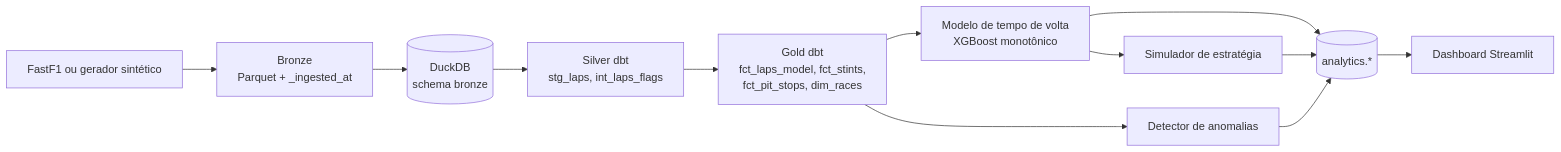
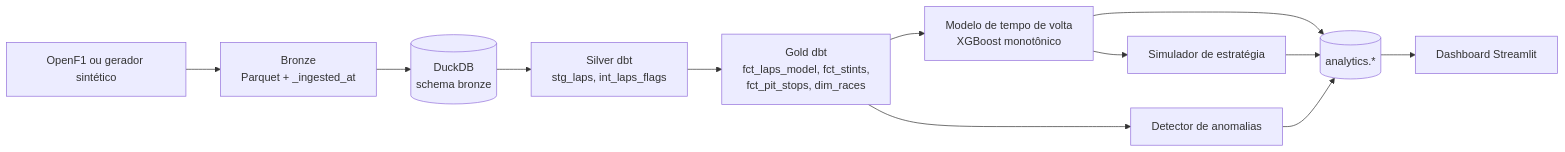
Before and after one commit to ArthurTheWorld/f1-strategy-lakehouse: the diagram in README.md, drawn with Mermaid. The commit also changed other lines of this file, not shown here.

````diff
--- a/README.md
+++ b/README.md
@@ -9,14 +9,14 @@
 ```mermaid
 flowchart LR
-    A[FastF1 ou gerador sintético] --> B[Bronze<br/>Parquet + _ingested_at]
+    A[OpenF1 ou gerador sintético] --> B[Bronze<br/>Parquet + _ingested_at]
     B --> C[(DuckDB<br/>schema bronze)]
     C --> D[Silver dbt<br/>stg_laps, int_laps_flags]
     D --> E[Gold dbt<br/>fct_laps_model, fct_stints,<br/>fct_pit_stops, dim_races]
     E --> F[Modelo de tempo de volta<br/>XGBoost monotônico]
     F --> G[Simulador de estratégia]
     E --> H[Detector de anomalias]
     F --> I[(analytics.*)]
     G --> I
     H --> I
     I --> J[Dashboard Streamlit]
 ```
````
